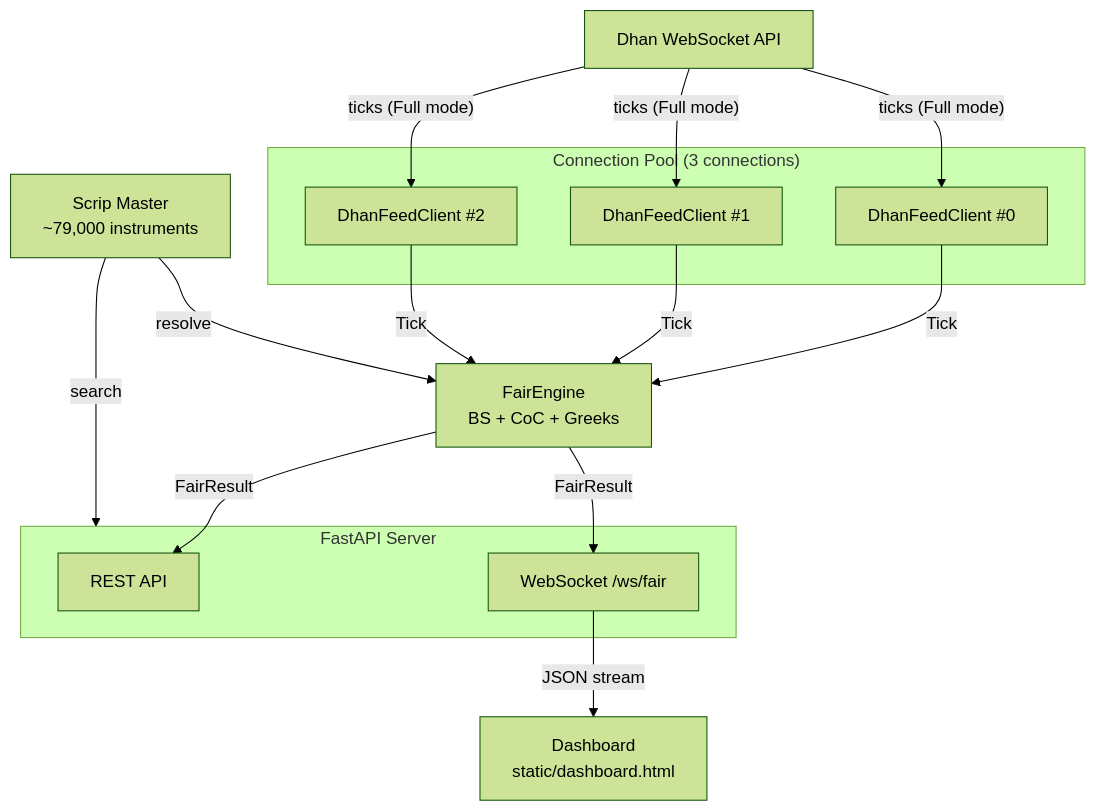
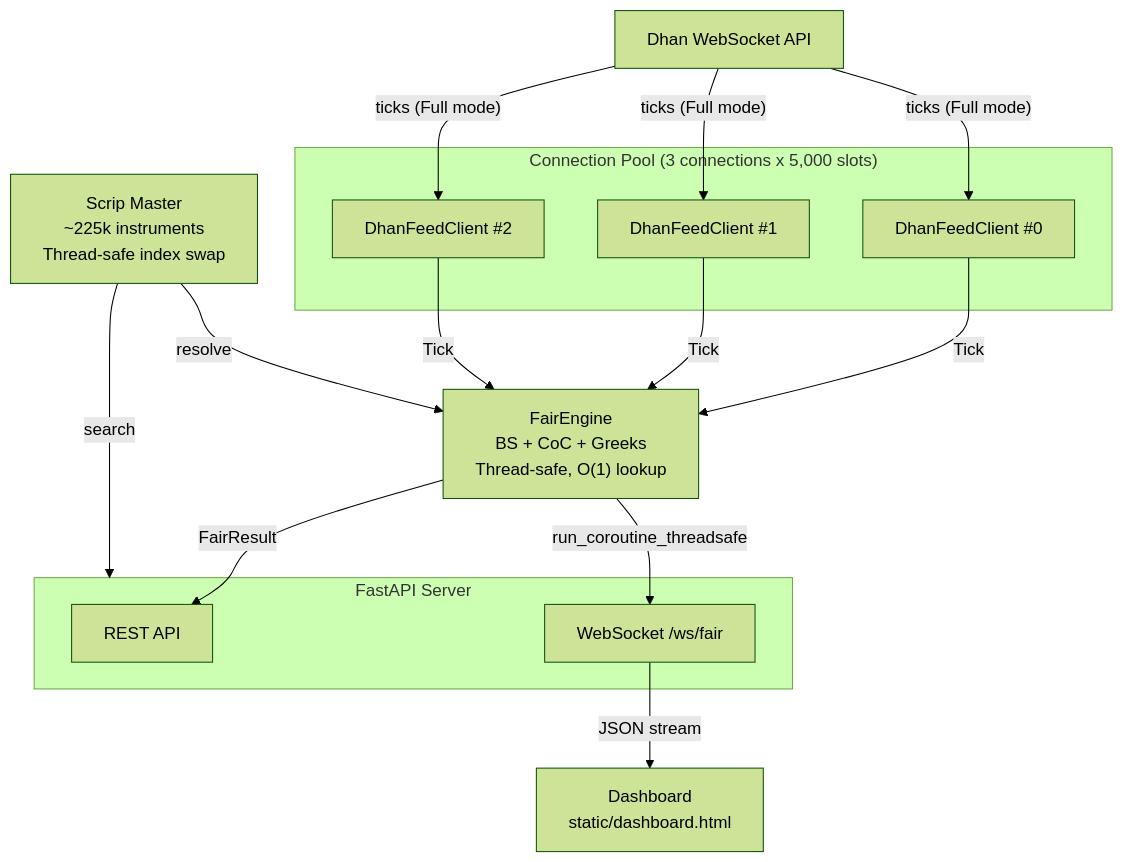
One commit to vakharwalad23/fair-value-engine changed the first of 7 diagrams in docs/architecture.md. Above: the diagram before and after it, drawn with Mermaid (forest theme). The commit also changed other lines of this file and 3 other files, not shown here.

````diff
--- a/docs/architecture.md
+++ b/docs/architecture.md
@@ -5,34 +5,34 @@
 ```mermaid
 graph TB
     DhanWS["Dhan WebSocket API"]
 
-    subgraph ConnectionPool["Connection Pool (3 connections)"]
+    subgraph ConnectionPool["Connection Pool (3 connections x 5,000 slots)"]
         F1["DhanFeedClient #0"]
         F2["DhanFeedClient #1"]
         F3["DhanFeedClient #2"]
     end
 
     DhanWS -->|"ticks (Full mode)"| F1
     DhanWS -->|"ticks (Full mode)"| F2
     DhanWS -->|"ticks (Full mode)"| F3
 
-    Engine["FairEngine<br/>BS + CoC + Greeks"]
+    Engine["FairEngine<br/>BS + CoC + Greeks<br/>Thread-safe, O(1) lookup"]
     F1 -->|Tick| Engine
     F2 -->|Tick| Engine
     F3 -->|Tick| Engine
 
     subgraph API["FastAPI Server"]
         REST["REST API"]
         WS["WebSocket /ws/fair"]
     end
 
     Engine -->|FairResult| REST
-    Engine -->|FairResult| WS
+    Engine -->|"run_coroutine_threadsafe"| WS
 
     Dashboard["Dashboard<br/>static/dashboard.html"]
     WS -->|"JSON stream"| Dashboard
 
-    ScripMaster["Scrip Master<br/>~79,000 instruments"]
+    ScripMaster["Scrip Master<br/>~225k instruments<br/>Thread-safe index swap"]
     ScripMaster -->|resolve| Engine
     ScripMaster -->|search| API
 ```
````
